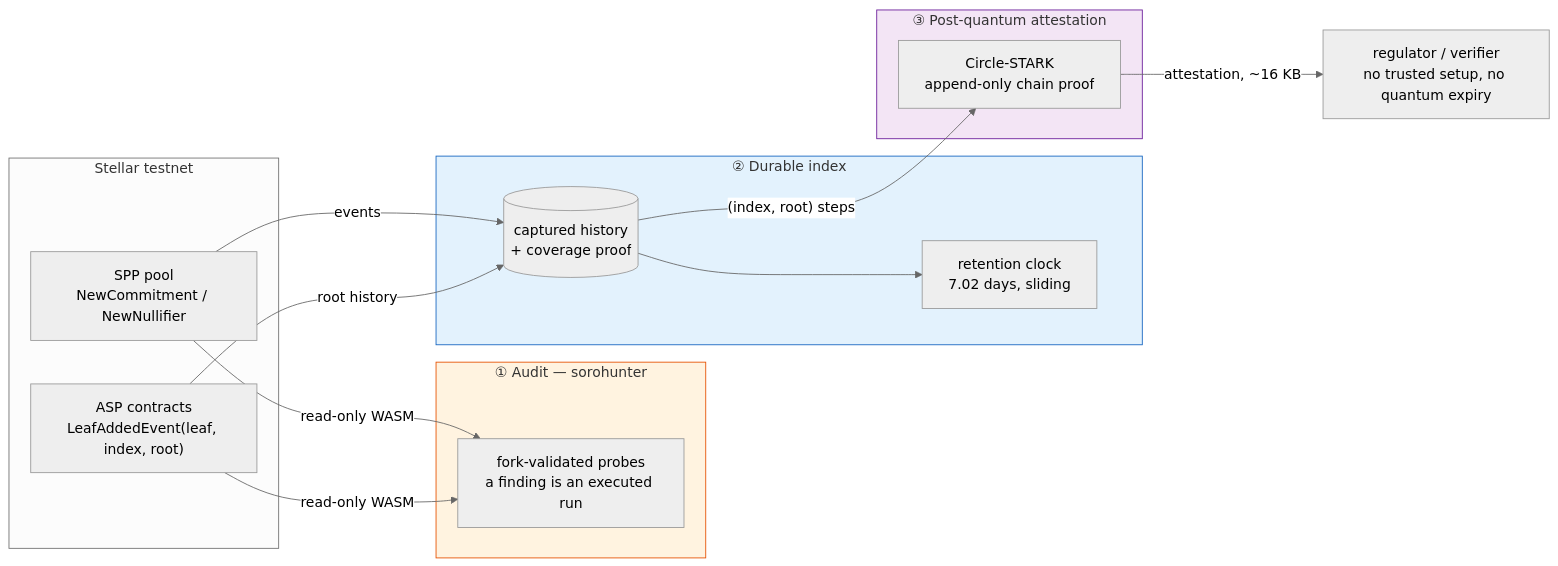
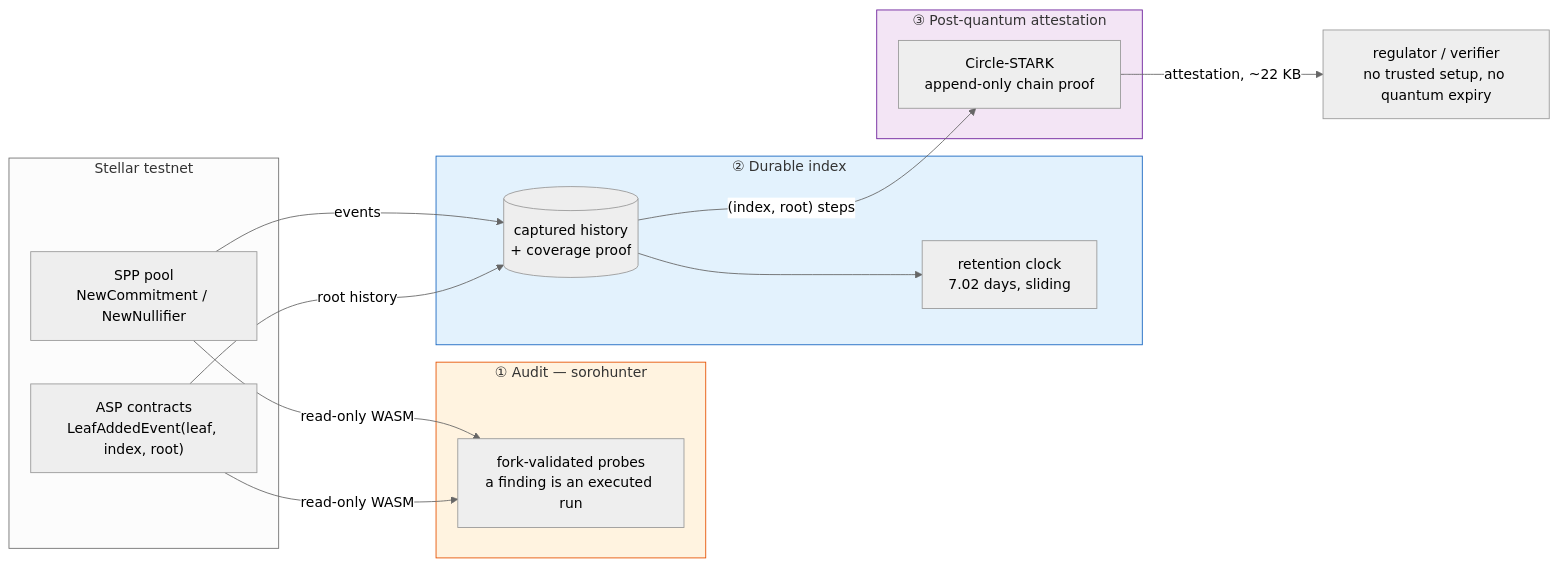
One commit to Galmanus/spp-compliance-layer changed the second of 4 diagrams in README.md. Above: the diagram before and after it, drawn with Mermaid (neutral theme). The commit also changed other lines of this file and 1 other file, not shown here.

````diff
--- a/README.md
+++ b/README.md
@@ -71,32 +71,32 @@
 ```mermaid
 flowchart LR
     subgraph chain["Stellar testnet"]
         pool["SPP pool<br/>NewCommitment / NewNullifier"]
         asp["ASP contracts<br/>LeafAddedEvent(leaf, index, root)"]
     end
 
     subgraph L1["① Audit — sorohunter"]
         probe["fork-validated probes<br/>a finding is an executed run"]
     end
 
     subgraph L2["② Durable index"]
         idx[("captured history<br/>+ coverage proof")]
         clock["retention clock<br/>7.02 days, sliding"]
     end
 
     subgraph L3["③ Post-quantum attestation"]
         stark["Circle-STARK<br/>append-only chain proof"]
     end
 
     pool -->|read-only WASM| probe
     asp  -->|read-only WASM| probe
     pool -->|events| idx
     asp  -->|root history| idx
     idx  --> clock
     idx  -->|"(index, root) steps"| stark
-    stark -->|"attestation, ~16 KB"| reg["regulator / verifier<br/>no trusted setup, no quantum expiry"]
+    stark -->|"attestation, ~22 KB"| reg["regulator / verifier<br/>no trusted setup, no quantum expiry"]
 
     style L1 fill:#fff3e0,stroke:#e65100
     style L2 fill:#e3f2fd,stroke:#1565c0
     style L3 fill:#f3e5f5,stroke:#6a1b9a
 ```
````
